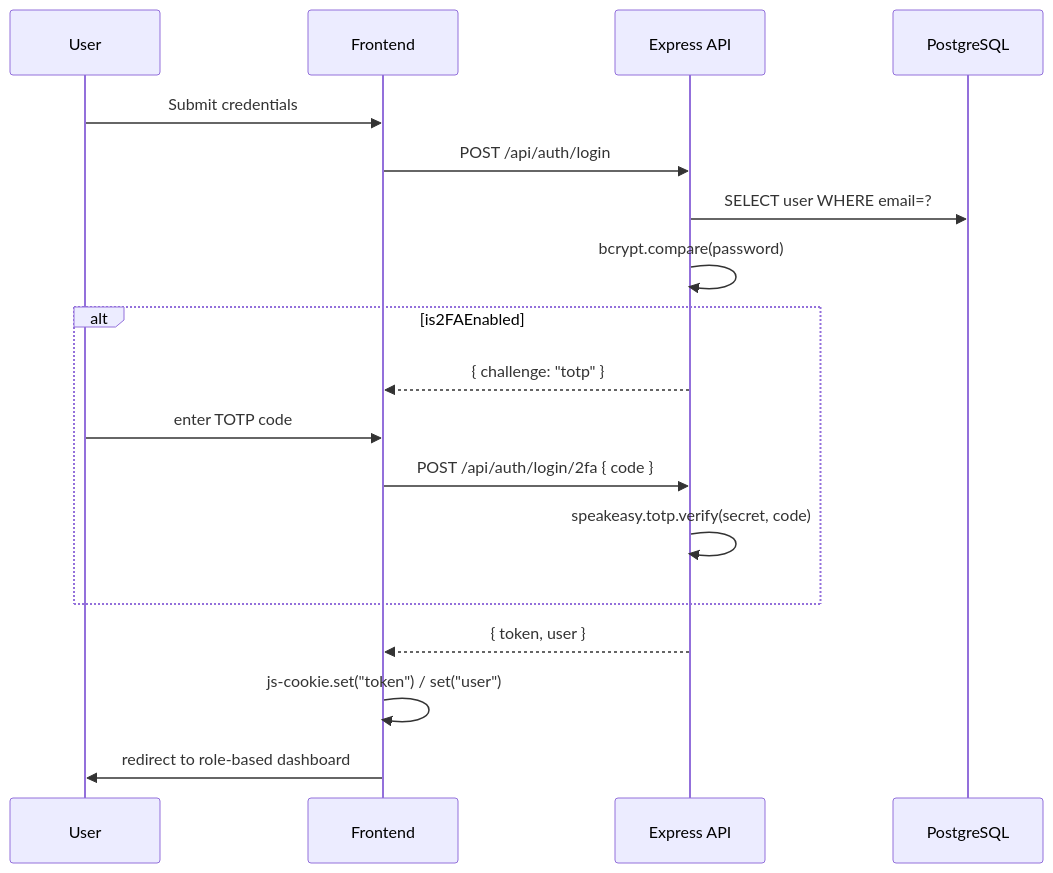
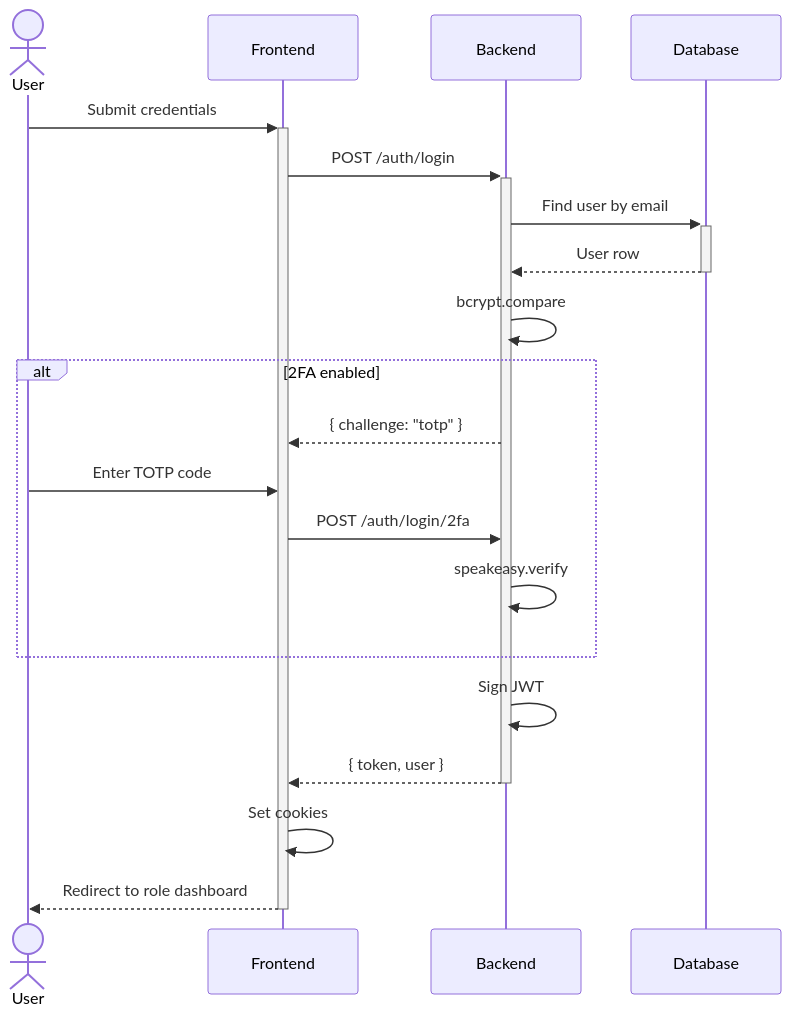
The fifth of 19 diagrams in docs/11_flows_and_diagrams.md (MaizaAymen/OmniLearn), drawn with Mermaid before and after one commit. The commit also changed other lines of this file and 4 other files, not shown here.

````diff
--- a/docs/11_flows_and_diagrams.md
+++ b/docs/11_flows_and_diagrams.md
@@ -360,21 +370,25 @@
 ```mermaid
 sequenceDiagram
-  participant U as User
-  participant FE as Frontend
-  participant API as Express API
-  participant DB as PostgreSQL
+    actor User
+    participant FE as Frontend
+    participant API as Backend
+    participant DB as Database
 
-  U->>FE: Submit credentials
-  FE->>API: POST /api/auth/login
-  API->>DB: SELECT user WHERE email=?
-  API->>API: bcrypt.compare(password)
-  alt is2FAEnabled
-    API-->>FE: { challenge: "totp" }
-    U->>FE: enter TOTP code
-    FE->>API: POST /api/auth/login/2fa { code }
-    API->>API: speakeasy.totp.verify(secret, code)
-  end
-  API-->>FE: { token, user }
-  FE->>FE: js-cookie.set("token") / set("user")
-  FE->>U: redirect to role-based dashboard
+    User->>+FE: Submit credentials
+    FE->>+API: POST /auth/login
+    API->>+DB: Find user by email
+    DB-->>-API: User row
+    API->>API: bcrypt.compare
+
+    alt 2FA enabled
+        API-->>FE: { challenge: "totp" }
+        User->>FE: Enter TOTP code
+        FE->>API: POST /auth/login/2fa
+        API->>API: speakeasy.verify
+    end
+
+    API->>API: Sign JWT
+    API-->>-FE: { token, user }
+    FE->>FE: Set cookies
+    FE-->>-User: Redirect to role dashboard
 ```
````
